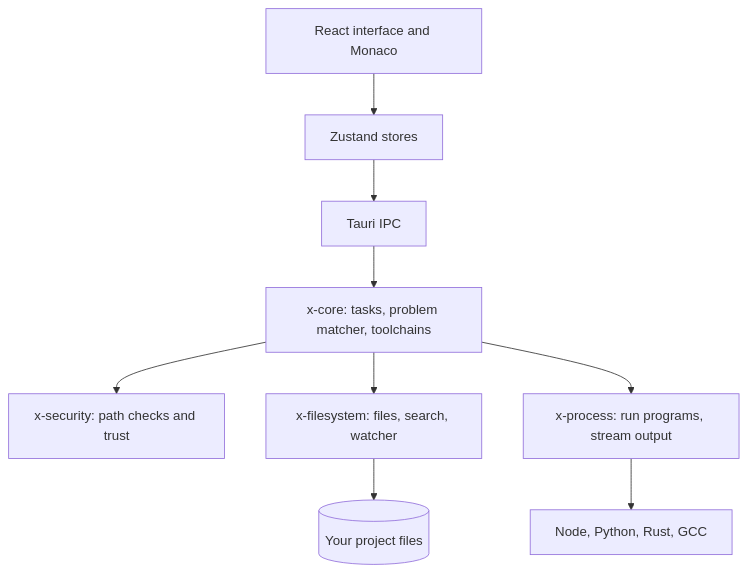
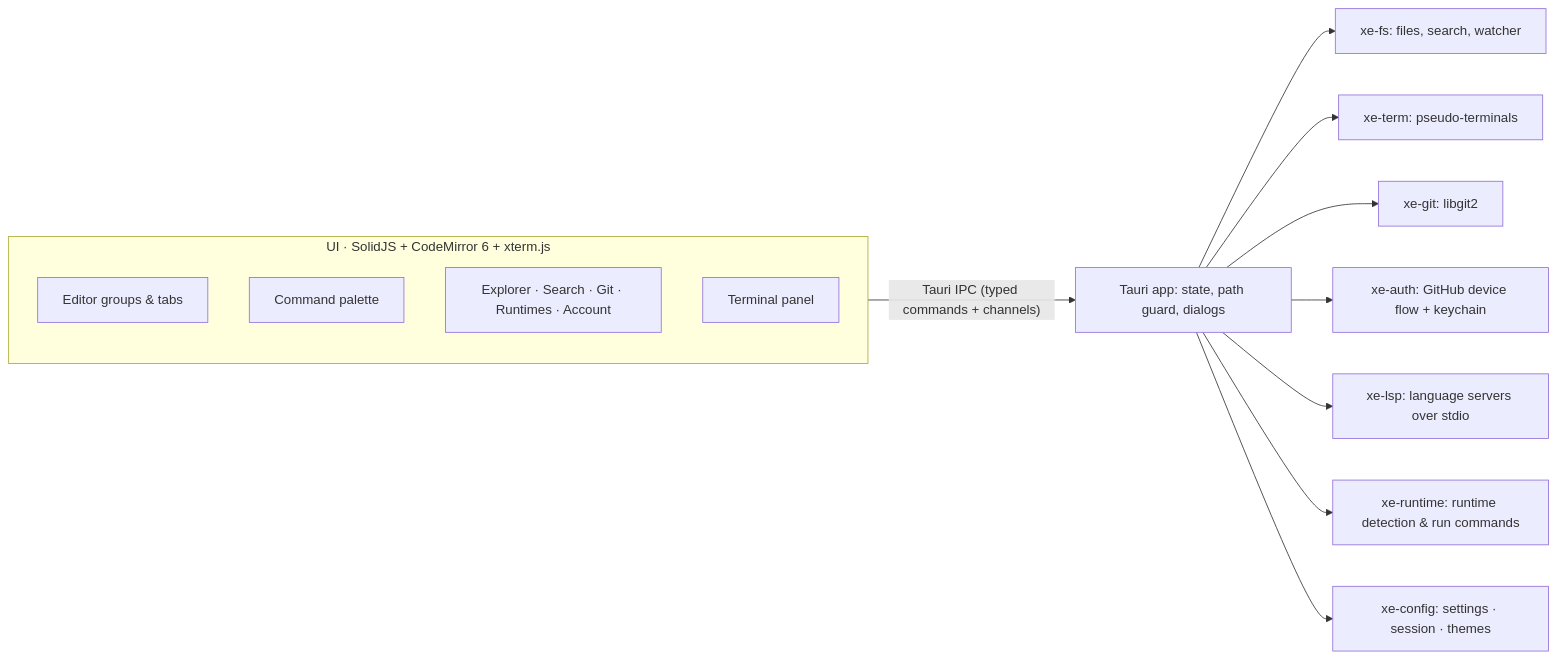
The diagram in README.md (Iamshi-vissa/X-Editor), drawn with Mermaid before and after one commit. The commit also changed other lines of this file and 37 other files, not shown here.

````diff
--- a/README.md
+++ b/README.md
@@ -46,11 +82,17 @@
 ```mermaid
-flowchart TB
-    UI[React interface and Monaco] --> ST[Zustand stores]
-    ST --> IPC[Tauri IPC]
-    IPC --> CORE[x-core: tasks, problem matcher, toolchains]
-    CORE --> SEC[x-security: path checks and trust]
-    CORE --> FS[x-filesystem: files, search, watcher]
-    CORE --> PR[x-process: run programs, stream output]
-    FS --> DISK[(Your project files)]
-    PR --> OS[Node, Python, Rust, GCC]
+flowchart LR
+    subgraph UI["UI · SolidJS + CodeMirror 6 + xterm.js"]
+      ED[Editor groups & tabs]
+      PAL[Command palette]
+      SB[Explorer · Search · Git · Runtimes · Account]
+      TERM[Terminal panel]
+    end
+    UI -- "Tauri IPC (typed commands + channels)" --> APP[Tauri app: state, path guard, dialogs]
+    APP --> FS[xe-fs: files, search, watcher]
+    APP --> PTY[xe-term: pseudo-terminals]
+    APP --> GIT[xe-git: libgit2]
+    APP --> AUTH[xe-auth: GitHub device flow + keychain]
+    APP --> LSP[xe-lsp: language servers over stdio]
+    APP --> RT[xe-runtime: runtime detection & run commands]
+    APP --> CFG[xe-config: settings · session · themes]
 ```
````
